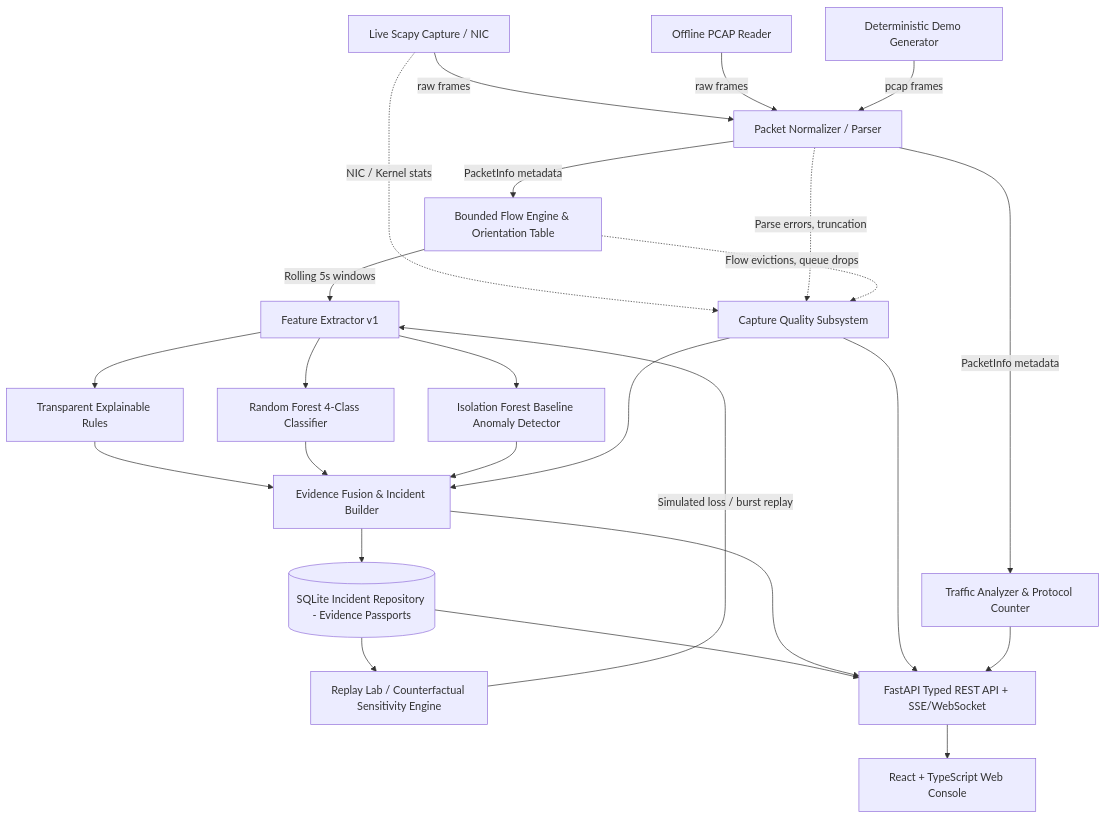
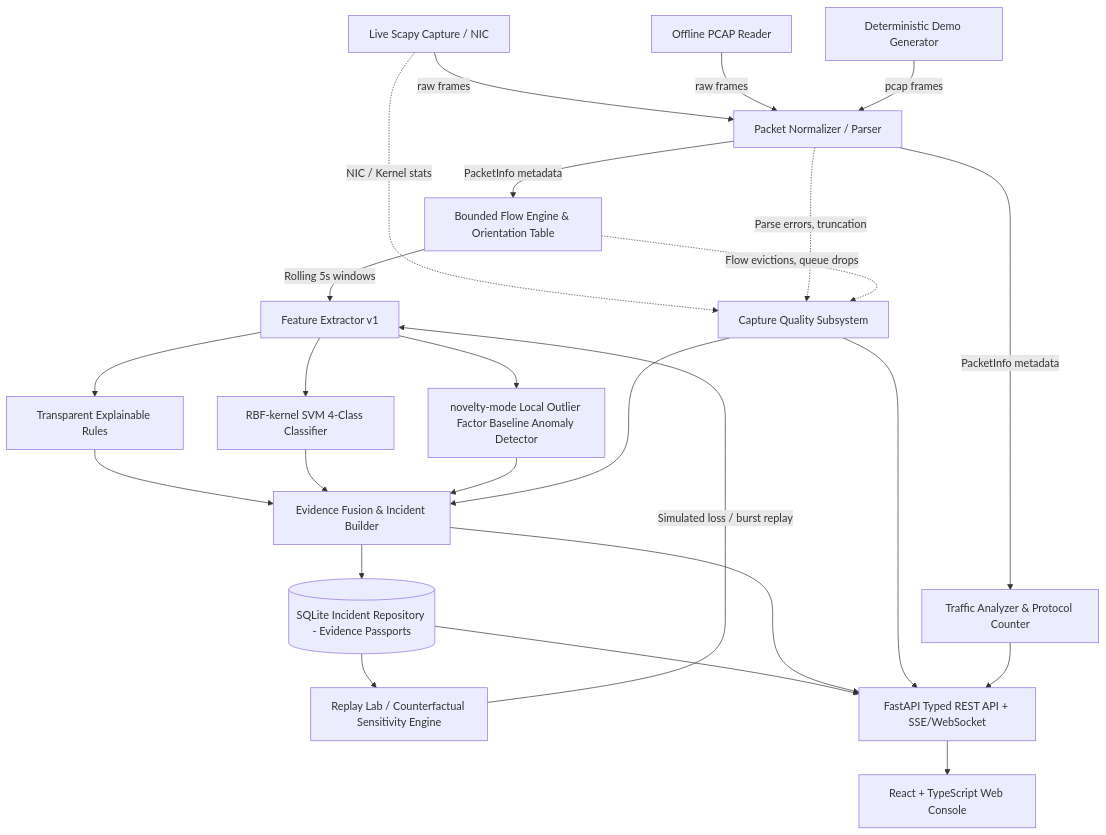
Before and after one commit to SomyadeepTarat/NetGuard: the diagram in docs/architecture.md, drawn with Mermaid. The commit also changed other lines of this file and 36 other files, not shown here.

````diff
--- a/docs/architecture.md
+++ b/docs/architecture.md
@@ -17,28 +17,28 @@
 ```mermaid
 graph TD
     A1[Live Scapy Capture / NIC] -->|raw frames| B[Packet Normalizer / Parser]
     A2[Offline PCAP Reader] -->|raw frames| B
     A3[Deterministic Demo Generator] -->|pcap frames| B
 
     B -->|PacketInfo metadata| C[Traffic Analyzer & Protocol Counter]
     B -->|PacketInfo metadata| D[Bounded Flow Engine & Orientation Table]
     
     D -->|Rolling 5s windows| E[Feature Extractor v1]
     
     E --> F1[Transparent Explainable Rules]
-    E --> F2[Random Forest 4-Class Classifier]
-    E --> F3[Isolation Forest Baseline Anomaly Detector]
+    E --> F2[RBF-kernel SVM 4-Class Classifier]
+    E --> F3[novelty-mode Local Outlier Factor Baseline Anomaly Detector]
 
     A1 -.->|NIC / Kernel stats| G[Capture Quality Subsystem]
     B -.->|Parse errors, truncation| G
     D -.->|Flow evictions, queue drops| G
 
     F1 & F2 & F3 & G --> H[Evidence Fusion & Incident Builder]
     H --> I[(SQLite Incident Repository - Evidence Passports)]
 
     I --> J[Replay Lab / Counterfactual Sensitivity Engine]
     J -->|Simulated loss / burst replay| E
 
     I & H & G & C --> K[FastAPI Typed REST API + SSE/WebSocket]
     K --> L[React + TypeScript Web Console]
 ```
````
